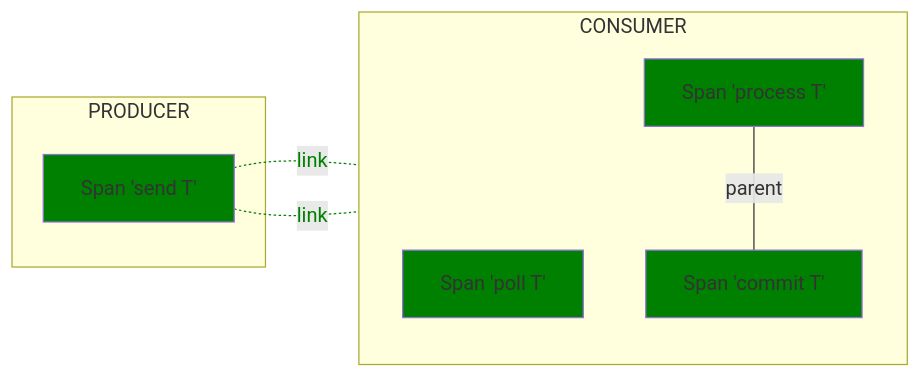
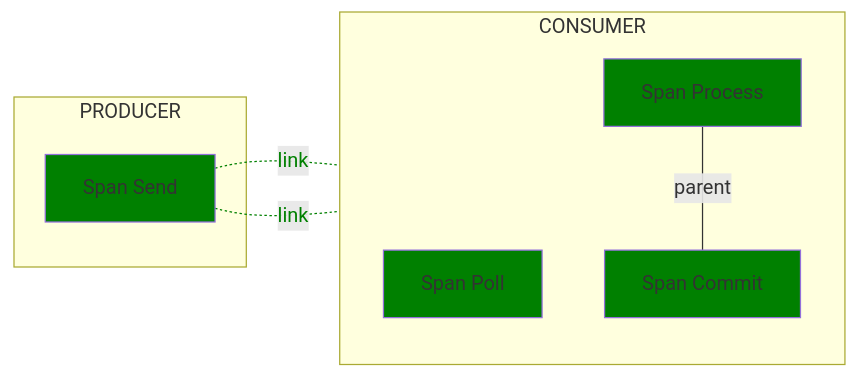
The diagram in docs/messaging/kafka.md (open-telemetry/semantic-conventions), drawn with Mermaid before and after one commit. The commit also changed other lines of this file, not shown here.

````diff
--- a/docs/messaging/kafka.md
+++ b/docs/messaging/kafka.md
@@ -148,21 +148,21 @@
 ```mermaid
 flowchart LR;
   subgraph PRODUCER
-  P[Span 'send T']
+  P[Span Send]
   end
   subgraph CONSUMER
   direction TB
-  R1[Span 'poll T']
-  R2[Span 'process T']
-  R3[Span 'commit T']
+  R1[Span Poll]
+  R2[Span Process]
+  R3[Span Commit]
   end
 
   P-. link .-R1;
   P-. link .-R2;
   R2-- parent ---R3;
 
   classDef normal fill:green
   class P,R1,R2,R3 normal
   linkStyle 0 color:green,stroke:green
   linkStyle 1 color:green,stroke:green
 ```
````
